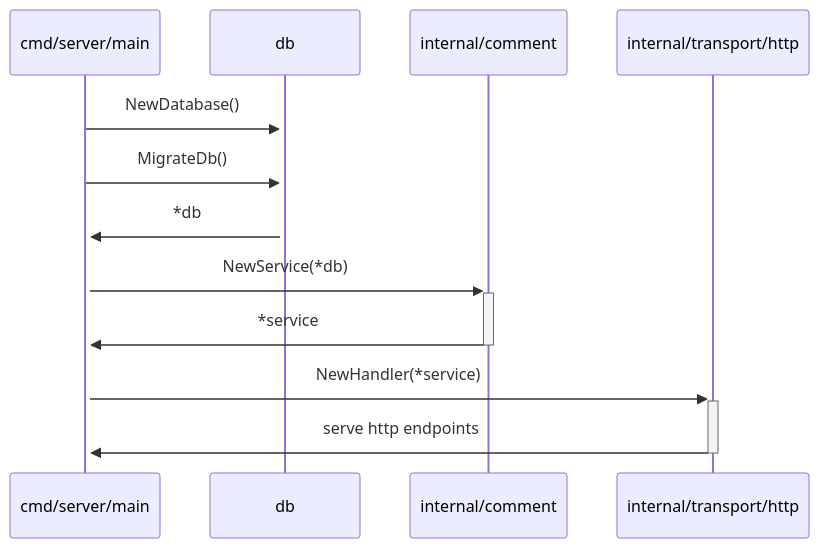
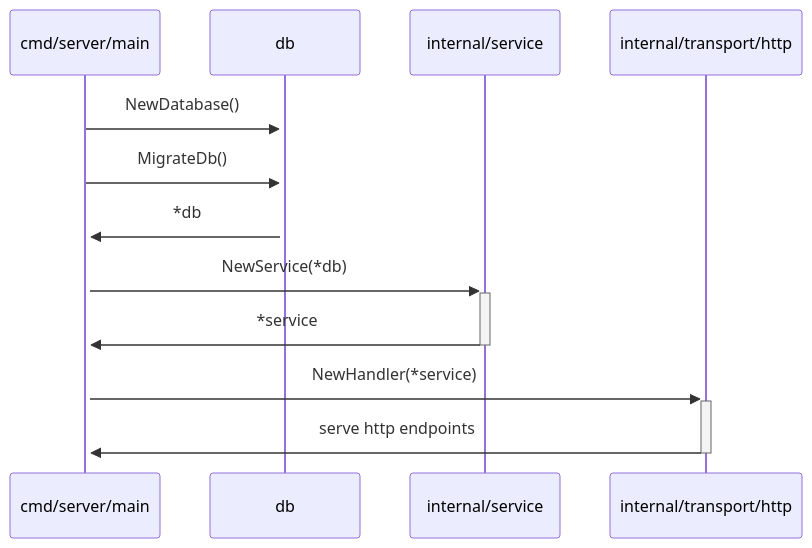
One commit to Kylescottw/pulse-api changed the second of 2 diagrams in README.md. Above: the diagram before and after it, drawn with Mermaid. The commit also changed 4 other files, not shown here.

Commit message:
refactor: internal/service

````diff
--- a/README.md
+++ b/README.md
@@ -38,10 +38,10 @@
 ```mermaid
 sequenceDiagram
     cmd/server/main->>+db: NewDatabase()
     cmd/server/main->>+db: MigrateDb()
     db->>+cmd/server/main: *db
-    cmd/server/main->>+internal/comment: NewService(*db)
-    internal/comment->>-cmd/server/main: *service
+    cmd/server/main->>+internal/service: NewService(*db)
+    internal/service->>-cmd/server/main: *service
     cmd/server/main->>+internal/transport/http: NewHandler(*service)
     internal/transport/http->>-cmd/server/main: serve http endpoints
 ```
````
